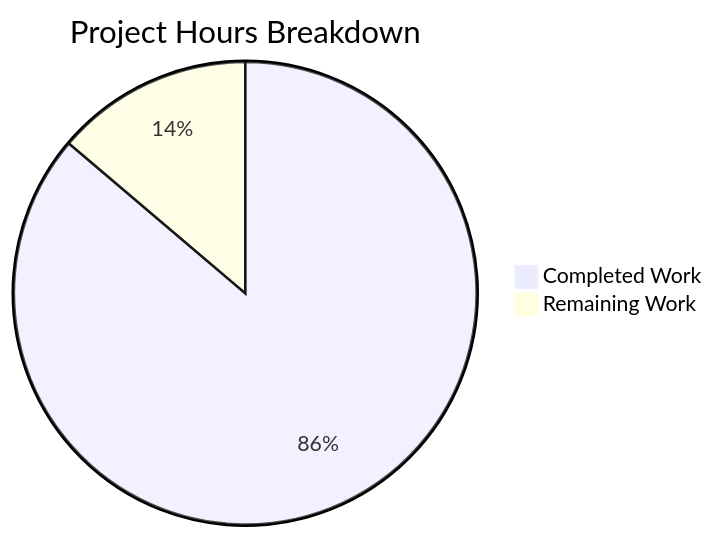
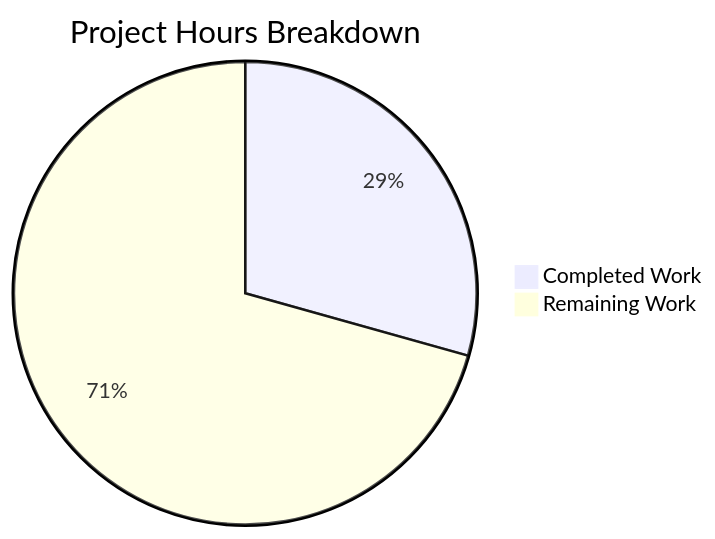
Before and after one commit to lakshya-blitzy/3112_03: the first of 2 diagrams in blitzy/documentation/Project Guide.md, drawn with Mermaid. The commit also changed other lines of this file, not shown here.

Commit message:
Adding Blitzy Project Guide: Project Status and Human Tasks Remaining

````diff
--- a/blitzy/documentation/Project Guide.md
+++ b/blitzy/documentation/Project Guide.md
@@ -45,5 +34,5 @@
 ```mermaid
 pie title Project Hours Breakdown
-    "Completed Work" : 25
-    "Remaining Work" : 4
+    "Completed Work" : 54
+    "Remaining Work" : 130
 ```
````
